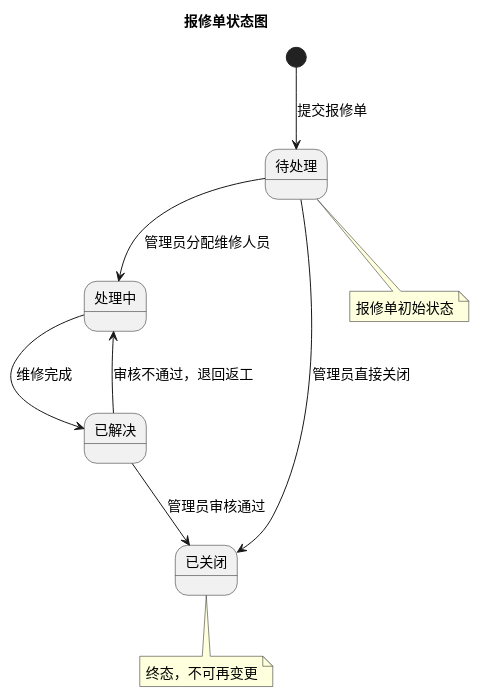
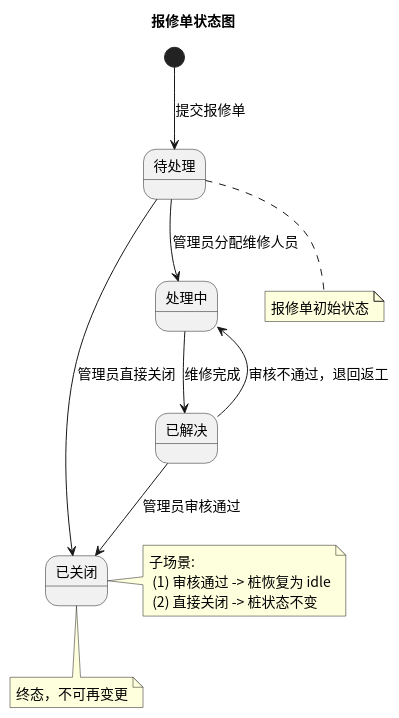
The diagram in status/src/state_repair.puml (greenhandzdl/charging-station-doc), drawn with PlantUML before and after one commit. The commit also changed 33 other files, not shown here.

First line of the commit message:
fix: 全量评估修复 — 授权加固、欠费冻结、幂等性、跨图一致性修复

```diff
--- a/status/src/state_repair.puml
+++ b/status/src/state_repair.puml
@@ -1,20 +1,21 @@
 @startuml
 skinparam defaultFontName "Noto Sans CJK SC"
 skinparam defaultFontSize 14
 title 报修单状态图
 
 state "待处理" as OPEN
 state "处理中" as IN_PROGRESS
 state "已解决" as RESOLVED
 state "已关闭" as CLOSED
 
 [*] --> OPEN : 提交报修单
 OPEN --> IN_PROGRESS : 管理员分配维修人员
 IN_PROGRESS --> RESOLVED : 维修完成
 RESOLVED --> CLOSED : 管理员审核通过
 OPEN --> CLOSED : 管理员直接关闭
 RESOLVED --> IN_PROGRESS : 审核不通过，退回返工
 
 note bottom of OPEN : 报修单初始状态
 note bottom of CLOSED : 终态，不可再变更
+note right of CLOSED : 子场景:\n (1) 审核通过 -> 桩恢复为 idle\n (2) 直接关闭 -> 桩状态不变
 @enduml
```
